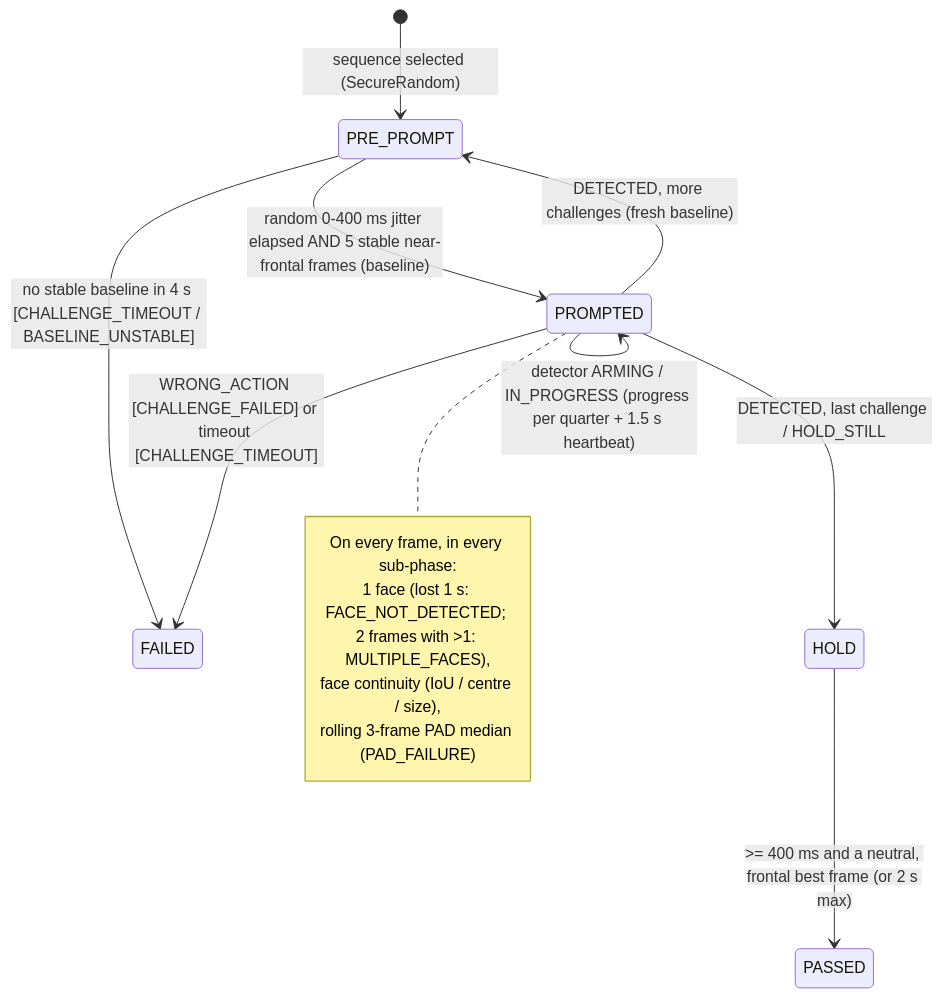
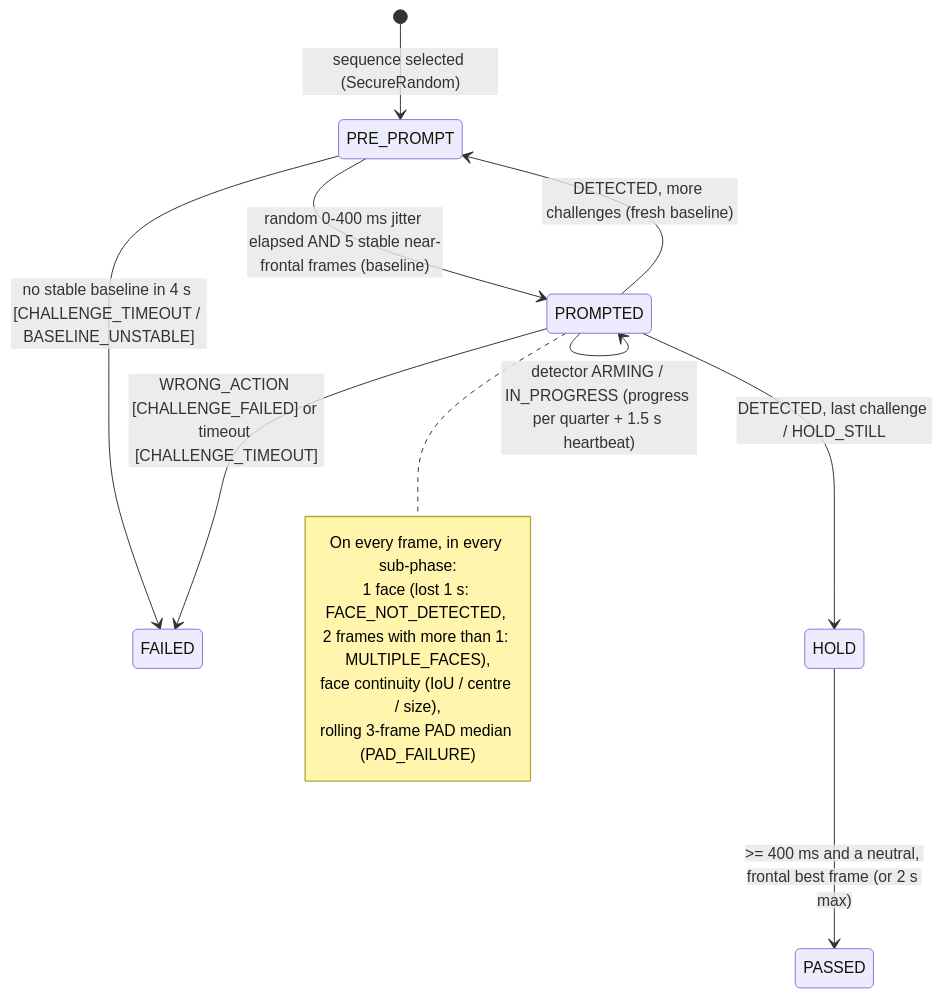
One commit to ChadDadChag/Mosip26 changed the fourth of 7 diagrams in docs/person3-design.md. Above: the diagram before and after it, drawn with Mermaid. The commit also changed other lines of this file and 2 other files, not shown here.

````diff
--- a/docs/person3-design.md
+++ b/docs/person3-design.md
@@ -206,17 +212,17 @@
 ```mermaid
 stateDiagram-v2
   [*] --> PRE_PROMPT : sequence selected (SecureRandom)
   PRE_PROMPT --> PROMPTED : random 0-400 ms jitter elapsed AND 5 stable near-frontal frames (baseline)
   PRE_PROMPT --> FAILED : no stable baseline in 4 s [CHALLENGE_TIMEOUT / BASELINE_UNSTABLE]
   PROMPTED --> PROMPTED : detector ARMING / IN_PROGRESS (progress per quarter + 1.5 s heartbeat)
   PROMPTED --> PRE_PROMPT : DETECTED, more challenges (fresh baseline)
   PROMPTED --> HOLD : DETECTED, last challenge / HOLD_STILL
   PROMPTED --> FAILED : WRONG_ACTION [CHALLENGE_FAILED] or timeout [CHALLENGE_TIMEOUT]
   HOLD --> PASSED : >= 400 ms and a neutral, frontal best frame (or 2 s max)
   note right of PROMPTED
     On every frame, in every sub-phase:
-    1 face (lost 1 s: FACE_NOT_DETECTED; 2 frames with >1: MULTIPLE_FACES),
+    1 face (lost 1 s: FACE_NOT_DETECTED, 2 frames with more than 1: MULTIPLE_FACES),
     face continuity (IoU / centre / size),
     rolling 3-frame PAD median (PAD_FAILURE)
   end note
 ```
````
